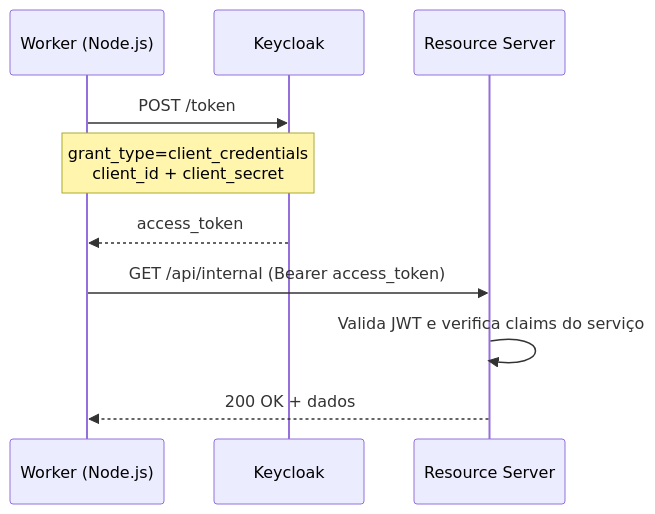
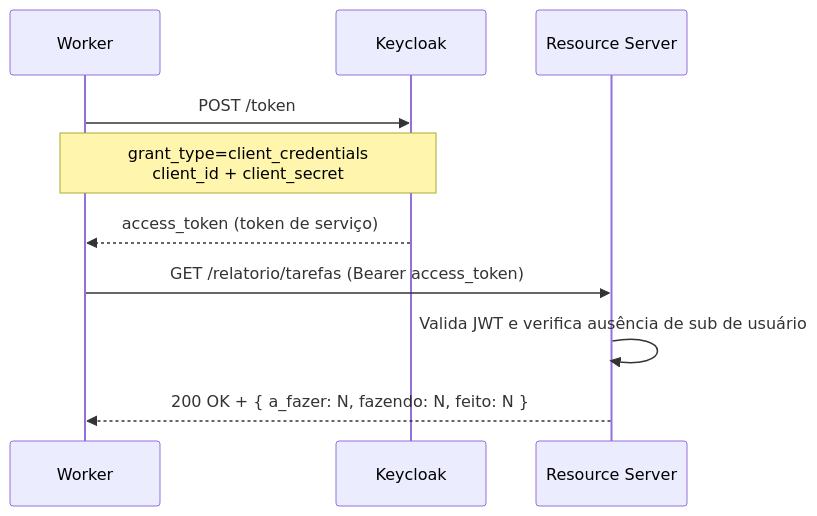
Before and after one commit to RhuanCSG/oauth-keycloak-lab: the fifth of 6 diagrams in README.md, drawn with Mermaid. The commit also changed other lines of this file and 24 other files, not shown here.

````diff
--- a/README.md
+++ b/README.md
@@ -241,14 +191,14 @@
 ```mermaid
 sequenceDiagram
-    participant W as Worker (Node.js)
+    participant W as Worker
     participant KC as Keycloak
-    participant API as Resource Server
+    participant RS as Resource Server
 
     W->>KC: POST /token
     Note over W,KC: grant_type=client_credentials<br/>client_id + client_secret
-    KC-->>W: access_token
+    KC-->>W: access_token (token de serviço)
 
-    W->>API: GET /api/internal (Bearer access_token)
-    API->>API: Valida JWT e verifica claims do serviço
-    API-->>W: 200 OK + dados
+    W->>RS: GET /relatorio/tarefas (Bearer access_token)
+    RS->>RS: Valida JWT e verifica ausência de sub de usuário
+    RS-->>W: 200 OK + { a_fazer: N, fazendo: N, feito: N }
 ```
````
